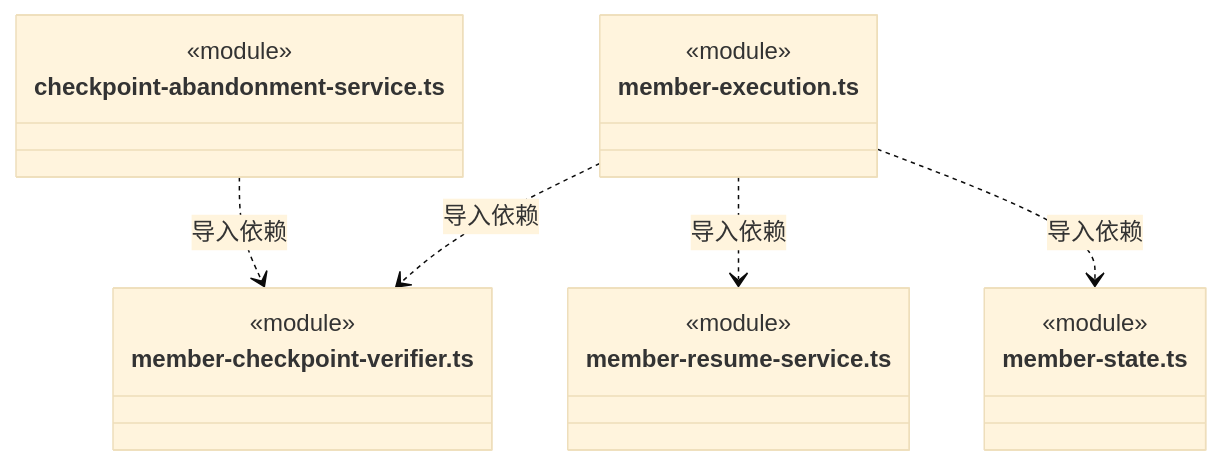
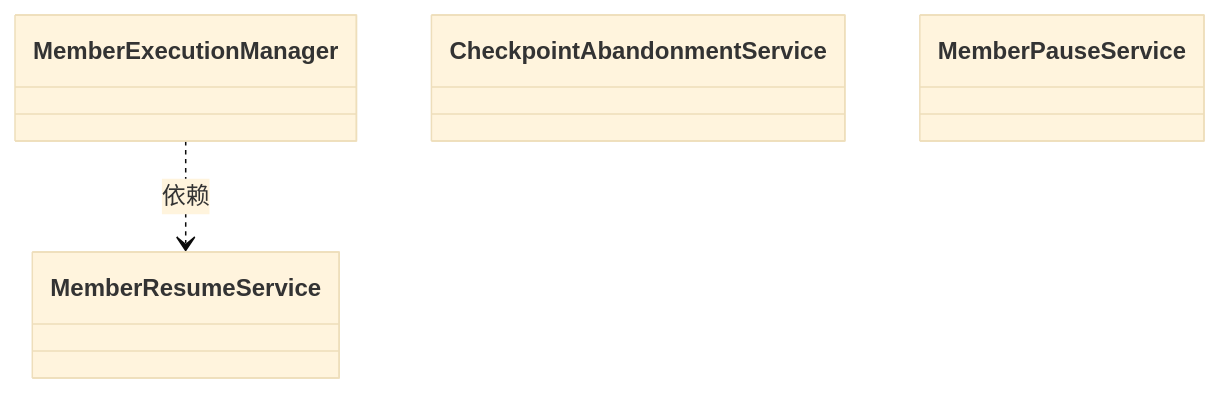
Before and after one commit to nan023062/cbim: the diagram in src/logic/team/runtime/ARCHITECTURE.md, drawn with Mermaid (base theme). The commit also changed other lines of this file and 158 other files, not shown here.

Commit message:
docs: model architecture through nested virtual encapsulations

````diff
--- a/src/logic/team/runtime/ARCHITECTURE.md
+++ b/src/logic/team/runtime/ARCHITECTURE.md
@@ -429,22 +22,12 @@
 ```mermaid
 classDiagram
-class N_src_logic_team_runtime_checkpoint_abandonment_service_ts["checkpoint-abandonment-service.ts"] {
-  <<module>>
-}
-class N_src_logic_team_runtime_member_checkpoint_verifier_ts["member-checkpoint-verifier.ts"] {
-  <<module>>
-}
-class N_src_logic_team_runtime_member_execution_ts["member-execution.ts"] {
-  <<module>>
-}
-class N_src_logic_team_runtime_member_resume_service_ts["member-resume-service.ts"] {
-  <<module>>
-}
-class N_src_logic_team_runtime_member_state_ts["member-state.ts"] {
-  <<module>>
-}
-N_src_logic_team_runtime_checkpoint_abandonment_service_ts ..> N_src_logic_team_runtime_member_checkpoint_verifier_ts : 导入依赖
-N_src_logic_team_runtime_member_execution_ts ..> N_src_logic_team_runtime_member_checkpoint_verifier_ts : 导入依赖
-N_src_logic_team_runtime_member_execution_ts ..> N_src_logic_team_runtime_member_resume_service_ts : 导入依赖
-N_src_logic_team_runtime_member_execution_ts ..> N_src_logic_team_runtime_member_state_ts : 导入依赖
+class N_0566bd9f7e70["MemberExecutionManager"]
+click N_0566bd9f7e70 href "member-execution.ts"
+class N_7498fe597c93["MemberResumeService"]
+click N_7498fe597c93 href "member-resume-service.ts"
+class N_3388cc7a1627["CheckpointAbandonmentService"]
+click N_3388cc7a1627 href "checkpoint-abandonment-service.ts"
+class N_a7dea77ac820["MemberPauseService"]
+click N_a7dea77ac820 href "member-pause-service.ts"
+N_0566bd9f7e70 ..> N_7498fe597c93 : 依赖
 ```
````
